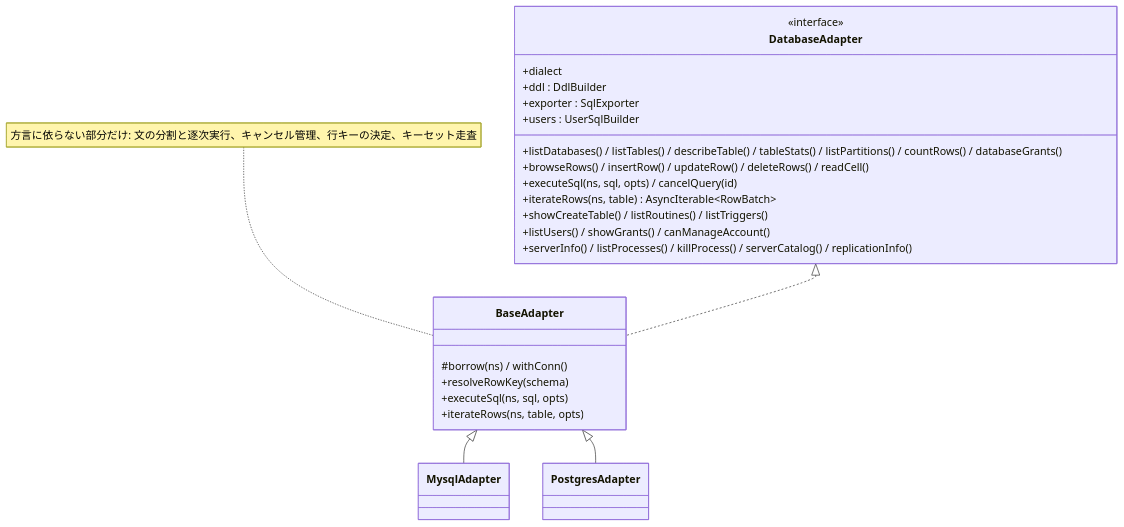
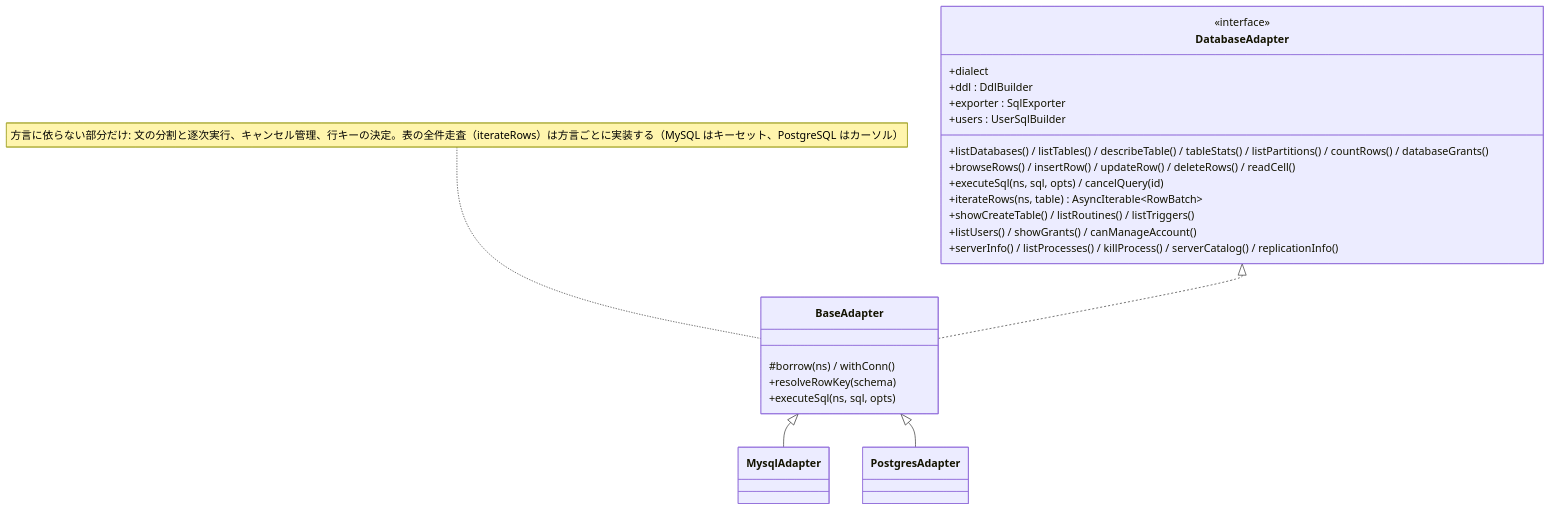
One commit to ip-san/tsmyadmin changed the third of 11 diagrams in docs/architecture.md. Above: the diagram before and after it, drawn with Mermaid. The commit also changed 3 other files, not shown here.

First line of the commit message:
refactor(adapter): BaseAdapter.iterateRows を abstract にし、MySQL のキーセット走査を MysqlAdapter へ移す

````diff
--- a/docs/architecture.md
+++ b/docs/architecture.md
@@ -72,29 +72,28 @@
 ```mermaid
 classDiagram
   class DatabaseAdapter {
     <<interface>>
     +dialect
     +listDatabases() / listTables() / describeTable() / tableStats() / listPartitions() / countRows() / databaseGrants()
     +browseRows() / insertRow() / updateRow() / deleteRows() / readCell()
     +executeSql(ns, sql, opts) / cancelQuery(id)
     +iterateRows(ns, table) AsyncIterable~RowBatch~
     +showCreateTable() / listRoutines() / listTriggers()
     +listUsers() / showGrants() / canManageAccount()
     +serverInfo() / listProcesses() / killProcess() / serverCatalog() / replicationInfo()
     +ddl : DdlBuilder
     +exporter : SqlExporter
     +users : UserSqlBuilder
   }
   class BaseAdapter {
     #borrow(ns) / withConn()
     +resolveRowKey(schema)
     +executeSql(ns, sql, opts)
-    +iterateRows(ns, table, opts)
   }
-  note for BaseAdapter "方言に依らない部分だけ: 文の分割と逐次実行、キャンセル管理、行キーの決定、キーセット走査"
+  note for BaseAdapter "方言に依らない部分だけ: 文の分割と逐次実行、キャンセル管理、行キーの決定。表の全件走査（iterateRows）は方言ごとに実装する（MySQL はキーセット、PostgreSQL はカーソル）"
   class MysqlAdapter
   class PostgresAdapter
   DatabaseAdapter <|.. BaseAdapter
   BaseAdapter <|-- MysqlAdapter
   BaseAdapter <|-- PostgresAdapter
 ```
````
